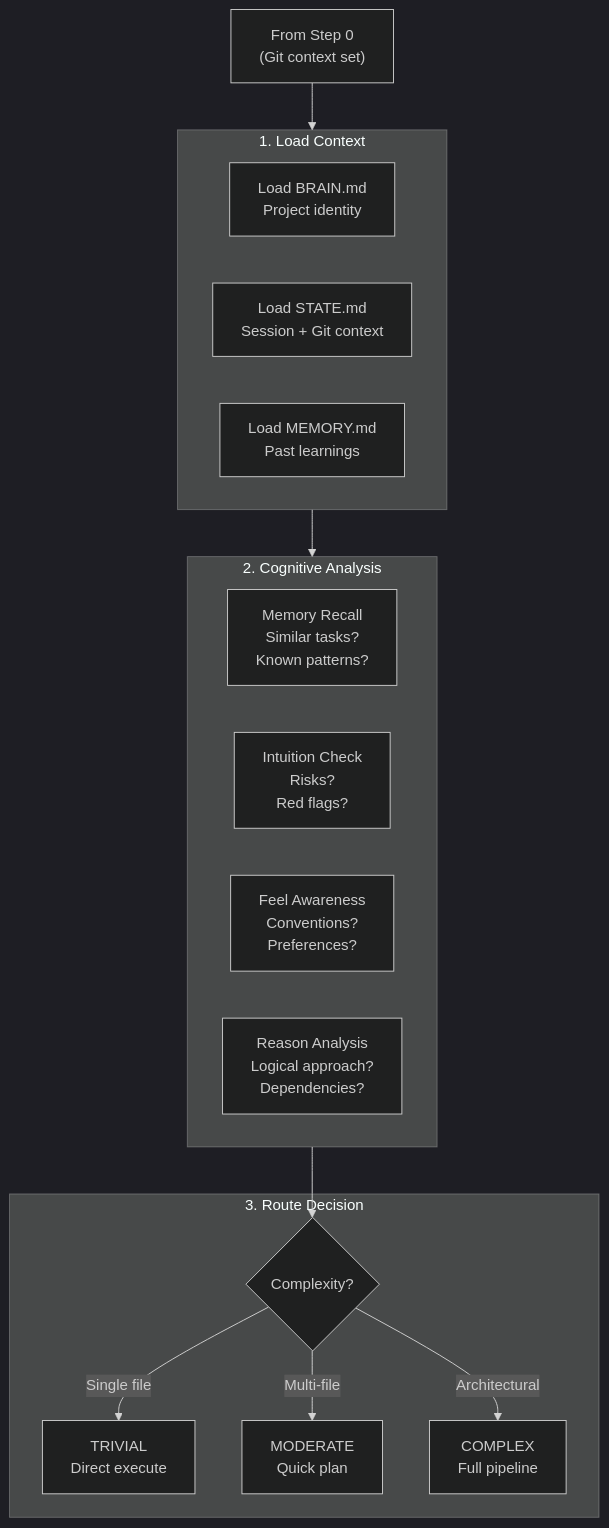
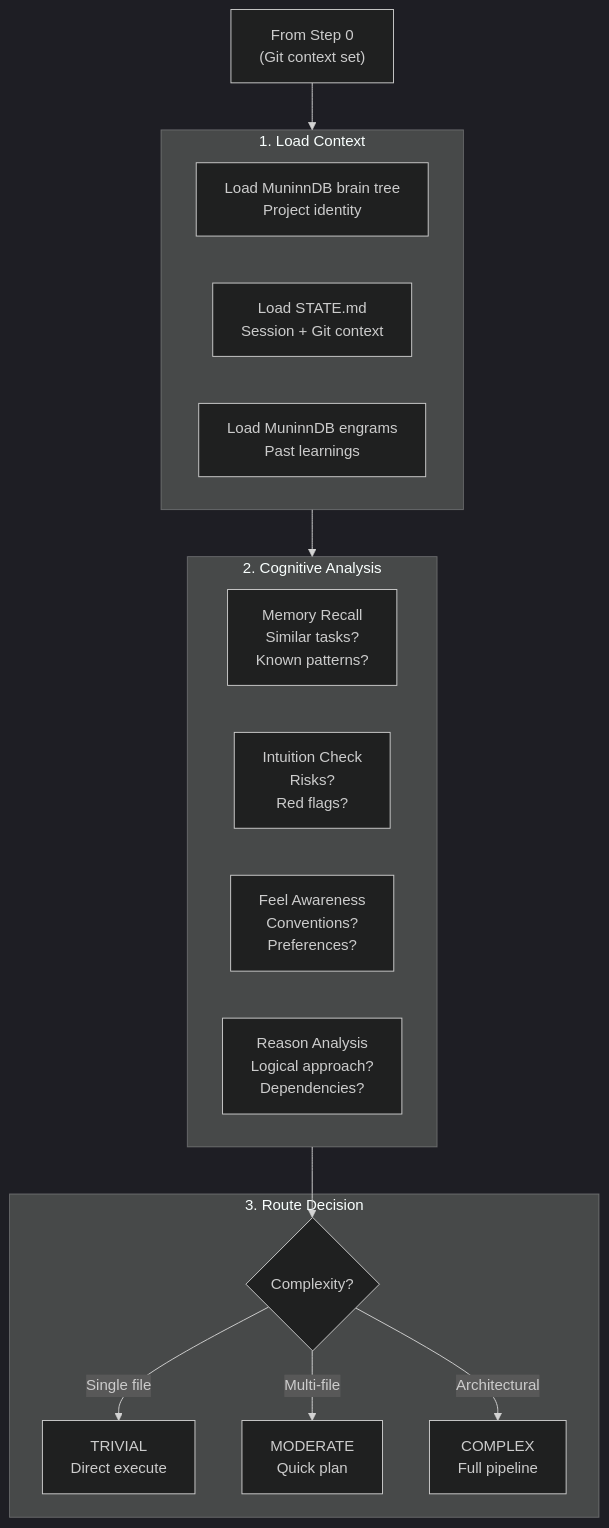
The fourth of 14 diagrams in docs/agent-framework/luca/diagrams.md (asibilia/luca-framework), drawn with Mermaid (dark theme) before and after one commit. The commit also changed other lines of this file and 820 other files, not shown here.

````diff
--- a/docs/agent-framework/luca/diagrams.md
+++ b/docs/agent-framework/luca/diagrams.md
@@ -155,31 +155,31 @@
 ```mermaid
 flowchart TB
     REQ["From Step 0<br/>(Git context set)"]
 
     subgraph Load["1. Load Context"]
-        BRAIN["Load BRAIN.md<br/>Project identity"]
+        BRAIN["Load MuninnDB brain tree<br/>Project identity"]
         STATE["Load STATE.md<br/>Session + Git context"]
-        MEM["Load MEMORY.md<br/>Past learnings"]
+        MEM["Load MuninnDB engrams<br/>Past learnings"]
     end
 
     subgraph Analyze["2. Cognitive Analysis"]
         RECALL["Memory Recall<br/>Similar tasks?<br/>Known patterns?"]
         INTUIT["Intuition Check<br/>Risks?<br/>Red flags?"]
         FEEL["Feel Awareness<br/>Conventions?<br/>Preferences?"]
         REASON["Reason Analysis<br/>Logical approach?<br/>Dependencies?"]
     end
 
     subgraph Route["3. Route Decision"]
         CLASSIFY{"Complexity?"}
         TRIVIAL["TRIVIAL<br/>Direct execute"]
         MOD["MODERATE<br/>Quick plan"]
         COMPLEX["COMPLEX<br/>Full pipeline"]
     end
 
     REQ --> Load
     Load --> Analyze
     Analyze --> CLASSIFY
     CLASSIFY -->|"Single file"| TRIVIAL
     CLASSIFY -->|"Multi-file"| MOD
     CLASSIFY -->|"Architectural"| COMPLEX
 ```
````
